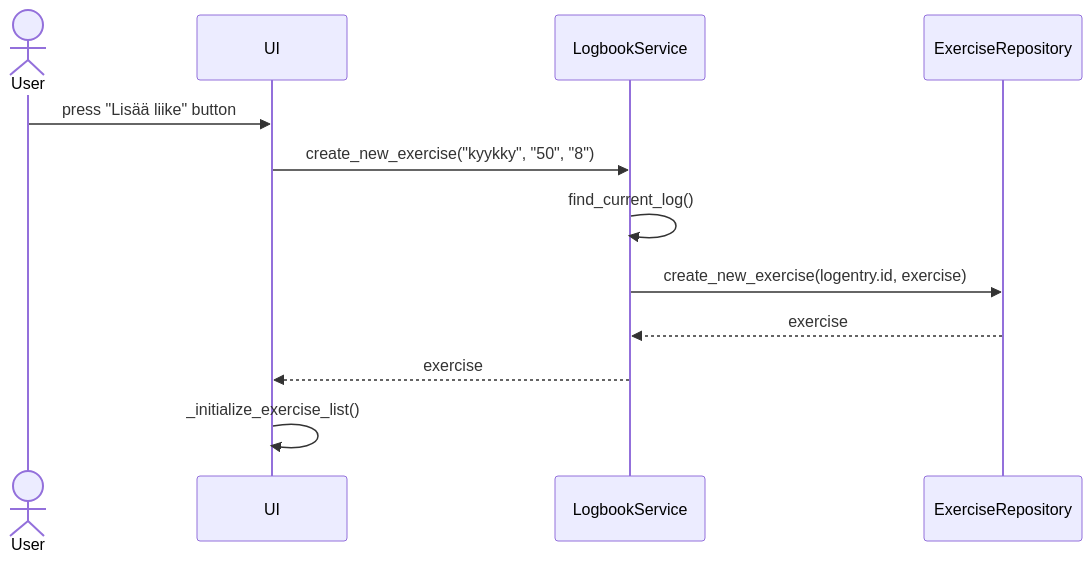
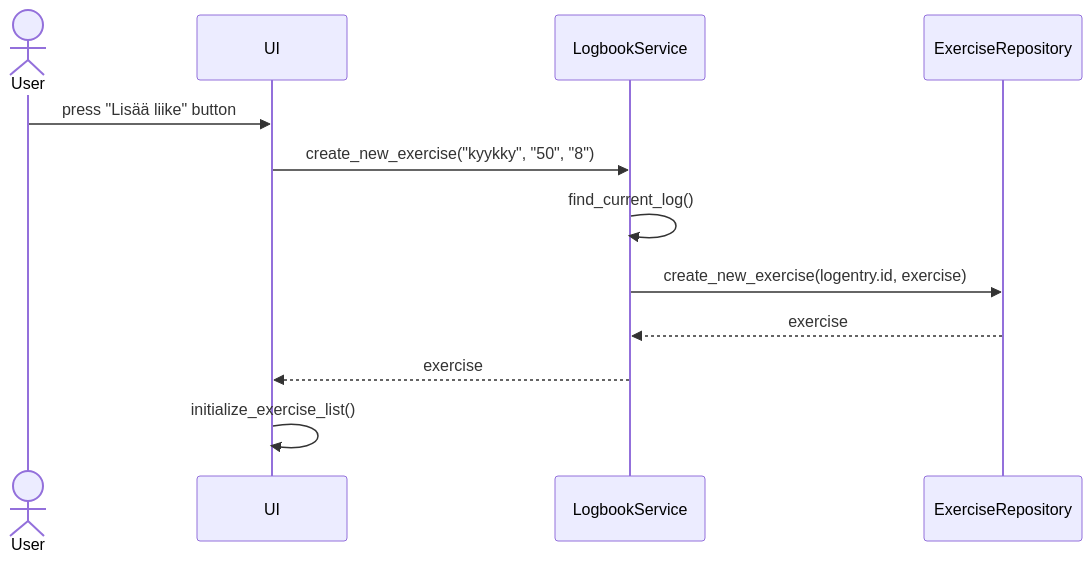
One commit to brotholi/ot-harjoitustyo changed the sixth of 6 diagrams in dokumentaatio/arkkitehtuuri.md. Above: the diagram before and after it, drawn with Mermaid.

````diff
--- a/dokumentaatio/arkkitehtuuri.md
+++ b/dokumentaatio/arkkitehtuuri.md
@@ -174,14 +174,14 @@
 ```mermaid
 sequenceDiagram
   actor User
   participant UI
   participant LogbookService
   participant ExerciseRepository
   User->>UI: press "Lisää liike" button
   UI->>LogbookService: create_new_exercise("kyykky", "50", "8")
   LogbookService->>LogbookService: find_current_log()
   LogbookService->>ExerciseRepository: create_new_exercise(logentry.id, exercise)
   ExerciseRepository-->>LogbookService: exercise
   LogbookService-->>UI: exercise
-  UI->>UI: _initialize_exercise_list()
+  UI->>UI: initialize_exercise_list()
  ```
````
